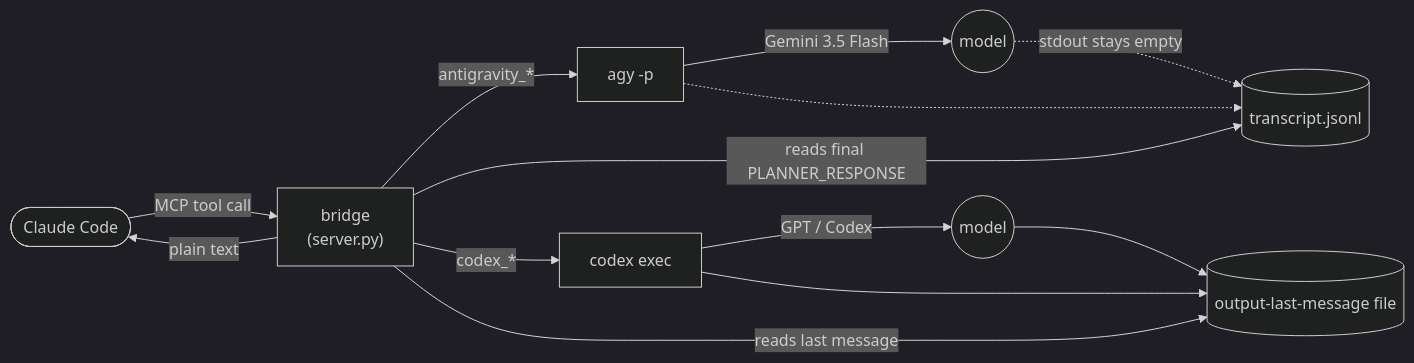
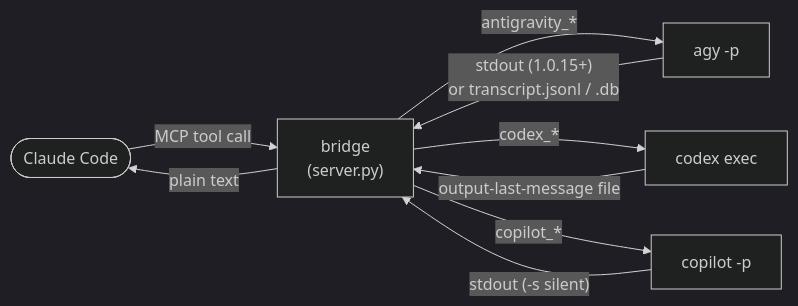
Before and after one commit to SinanTufekci/agent-intern: the diagram in README.md, drawn with Mermaid (dark theme). The commit also changed other lines of this file and 9 other files, not shown here.

````diff
--- a/README.md
+++ b/README.md
@@ -85,15 +92,11 @@
 ```mermaid
 flowchart LR
     A([Claude Code]) -- "MCP tool call" --> B["bridge<br/>(server.py)"]
     B -- "antigravity_*" --> C[agy -p]
     B -- "codex_*" --> D[codex exec]
-    C -- "Gemini 3.5 Flash" --> M1((model))
-    D -- "GPT / Codex" --> M2((model))
-    M1 -. "stdout stays empty" .-> T[("transcript.jsonl")]
-    C -.-> T
-    B -- "reads final PLANNER_RESPONSE" --> T
-    M2 --> O[("output-last-message file")]
-    D --> O
-    B -- "reads last message" --> O
+    B -- "copilot_*" --> E[copilot -p]
+    C -- "stdout (1.0.15+)<br/>or transcript.jsonl / .db" --> B
+    D -- "output-last-message file" --> B
+    E -- "stdout (-s silent)" --> B
     B -- "plain text" --> A
 ```
````
